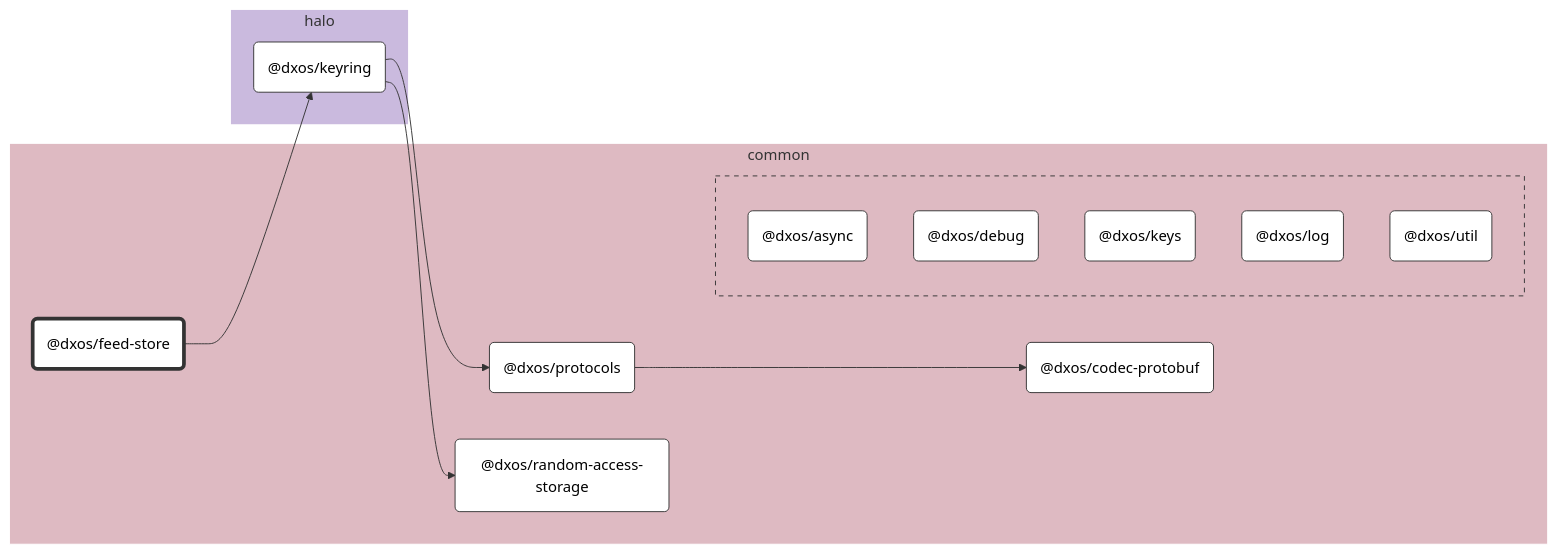
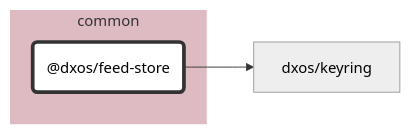
One commit to dxos/dxos changed the diagram in packages/common/feed-store/docs/README.md. Above: the diagram before and after it, drawn with Mermaid (neutral theme). The commit also changed 87 other files, not shown here.

````diff
--- a/packages/common/feed-store/docs/README.md
+++ b/packages/common/feed-store/docs/README.md
@@ -7,66 +7,21 @@
 ```mermaid
 %%{ init: {'flowchart':{'curve':'basis'}} }%%
 
 flowchart LR
 
-%% Links
-dxos/feed-store --> dxos/keyring;
-dxos/keyring --> dxos/protocols;
-dxos/keyring --> dxos/random-access-storage;
-dxos/protocols --> dxos/codec-protobuf;
+%% Classes
+classDef def fill:#fff,stroke:#333,stroke-width:1px
+classDef root fill:#fff,stroke:#333,stroke-width:4px
 
-%% Sections
-subgraph common
-  style common fill:#debac2,stroke:#fff;
+%% Nodes
 
-  dxos/codec-protobuf("@dxos/codec-protobuf")
-  dxos/feed-store("@dxos/feed-store")
-  dxos/protocols("@dxos/protocols")
-  dxos/random-access-storage("@dxos/random-access-storage")
-
-  subgraph common-excluded [ ]
-    style common-excluded fill:#debac2,stroke:#333,stroke-dasharray:5 5;
-
-    dxos/async("@dxos/async")
-    dxos/debug("@dxos/debug")
-    dxos/keys("@dxos/keys")
-    dxos/log("@dxos/log")
-    dxos/util("@dxos/util")
-  end
+subgraph common [common]
+  style common fill:#debac2,stroke:#fff
+  dxos/feed-store("@dxos/feed-store"):::root
+  click dxos/feed-store "dxos/dxos/tree/main/packages/common/feed-store/docs"
 end
 
-subgraph halo
-  style halo fill:#cabade,stroke:#fff;
-
-  dxos/keyring("@dxos/keyring")
-end
-
-
-%% Hyperlinks
-click dxos/async "dxos/dxos/tree/main/packages/common/async/docs";
-click dxos/codec-protobuf "dxos/dxos/tree/main/packages/common/codec-protobuf/docs";
-click dxos/debug "dxos/dxos/tree/main/packages/common/debug/docs";
-click dxos/keyring "dxos/dxos/tree/main/packages/halo/keyring/docs";
-click dxos/keys "dxos/dxos/tree/main/packages/common/keys/docs";
-click dxos/log "dxos/dxos/tree/main/packages/common/log/docs";
-click dxos/protocols "dxos/dxos/tree/main/packages/common/protocols/docs";
-click dxos/random-access-storage "dxos/dxos/tree/main/packages/common/random-access-storage/docs";
-click dxos/util "dxos/dxos/tree/main/packages/common/util/docs";
-
-%% Styles
-classDef rootNode fill:#fff,stroke:#333,stroke-width:4px
-classDef defaultNode fill:#fff,stroke:#333,stroke-width:1px
+%% Links
 linkStyle default stroke:#333,stroke-width:1px
-
-dxos/feed-store:::rootNode
-
-dxos/async:::defaultNode
-dxos/codec-protobuf:::defaultNode
-dxos/debug:::defaultNode
-dxos/keyring:::defaultNode
-dxos/keys:::defaultNode
-dxos/log:::defaultNode
-dxos/protocols:::defaultNode
-dxos/random-access-storage:::defaultNode
-dxos/util:::defaultNode
+dxos/feed-store --> dxos/keyring
 ```
````
